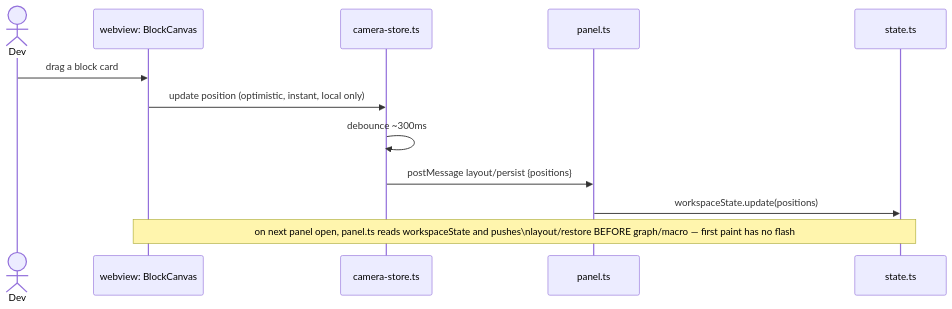
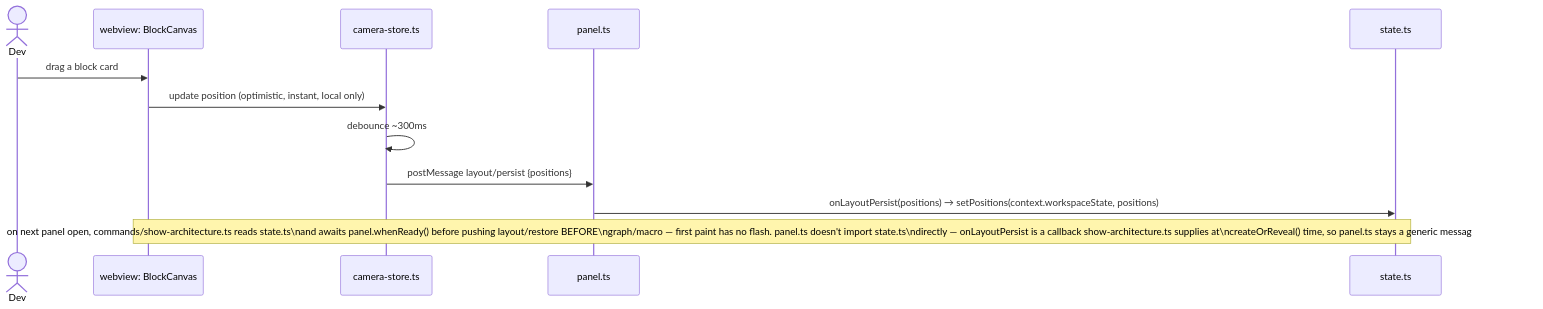
One commit to PoisedDok/BlockNet changed the fourth of 4 diagrams in docs/architecture/FLOWS.md. Above: the diagram before and after it, drawn with Mermaid. The commit also changed other lines of this file and 2 other files, not shown here.

Commit message:
Update flow and protocol docs: remove undefined graph-store, fix layout/restore ordering, add ready handshake

````diff
--- a/docs/architecture/FLOWS.md
+++ b/docs/architecture/FLOWS.md
@@ -110,15 +129,15 @@
 ```mermaid
 sequenceDiagram
     actor Dev
     participant WV as webview: BlockCanvas
     participant Cam as camera-store.ts
     participant Panel as panel.ts
     participant State as state.ts
 
     Dev->>WV: drag a block card
     WV->>Cam: update position (optimistic, instant, local only)
     Cam->>Cam: debounce ~300ms
     Cam->>Panel: postMessage layout/persist {positions}
-    Panel->>State: workspaceState.update(positions)
-    Note over WV,State: on next panel open, panel.ts reads workspaceState and pushes\nlayout/restore BEFORE graph/macro — first paint has no flash
+    Panel->>State: onLayoutPersist(positions) → setPositions(context.workspaceState, positions)
+    Note over WV,State: on next panel open, commands/show-architecture.ts reads state.ts\nand awaits panel.whenReady() before pushing layout/restore BEFORE\ngraph/macro — first paint has no flash. panel.ts doesn't import state.ts\ndirectly — onLayoutPersist is a callback show-architecture.ts supplies at\ncreateOrReveal() time, so panel.ts stays a generic message-lifecycle shell
 ```
````
